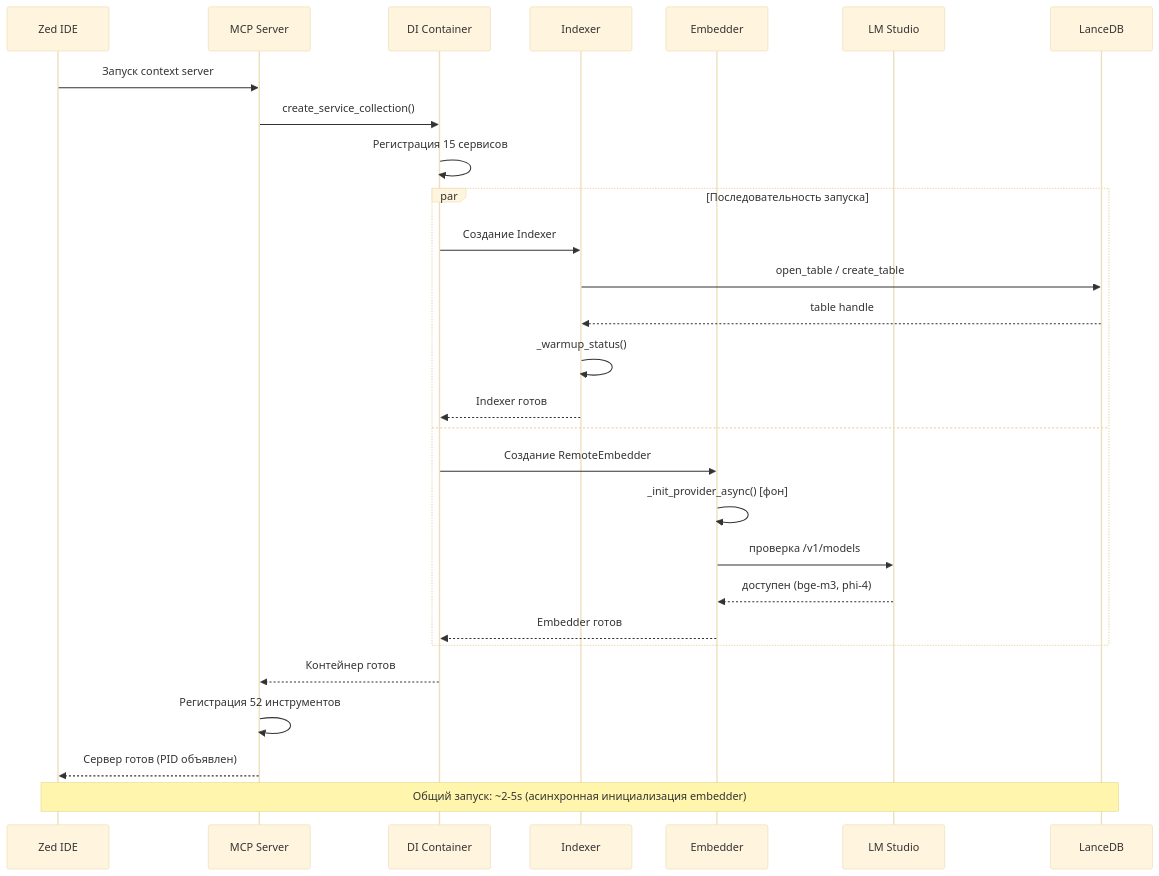
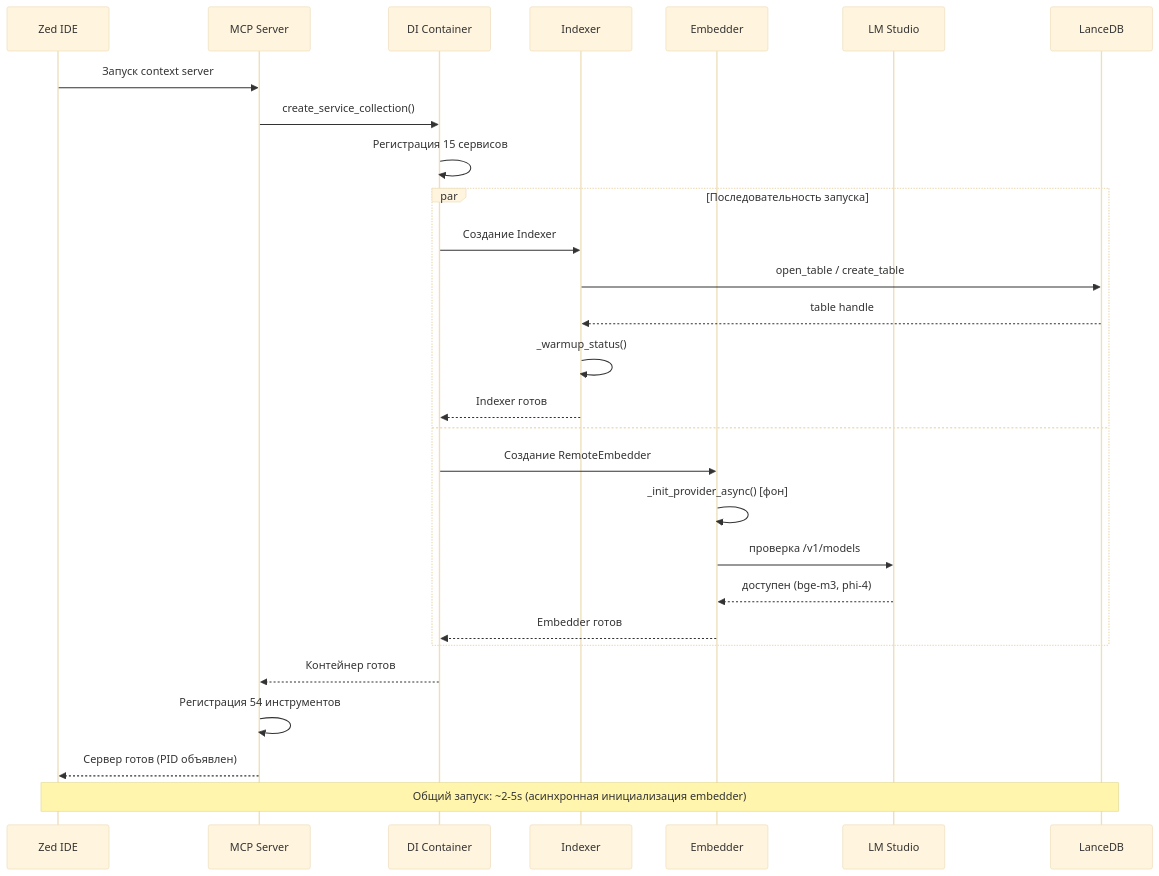
The fifth of 8 diagrams in docs/ru/ARCHITECTURE_DEEP.md (ManSio/mscodebase-intelligence), drawn with Mermaid (base theme) before and after one commit. The commit also changed other lines of this file and 36 other files, not shown here.

````diff
--- a/docs/ru/ARCHITECTURE_DEEP.md
+++ b/docs/ru/ARCHITECTURE_DEEP.md
@@ -179,34 +179,34 @@
 ```mermaid
 sequenceDiagram
     participant Zed as Zed IDE
     participant MCP as MCP Server
     participant DI as DI Container
     participant IX as Indexer
     participant EM as Embedder
     participant LM as LM Studio
     participant DB as LanceDB
 
     Zed->>MCP: Запуск context server
     MCP->>DI: create_service_collection()
     DI->>DI: Регистрация 15 сервисов
     
     par Последовательность запуска
         DI->>IX: Создание Indexer
         IX->>DB: open_table / create_table
         DB-->>IX: table handle
         IX->>IX: _warmup_status()
         IX-->>DI: Indexer готов
     and
         DI->>EM: Создание RemoteEmbedder
         EM->>EM: _init_provider_async() [фон]
         EM->>LM: проверка /v1/models
         LM-->>EM: доступен (bge-m3, phi-4)
         EM-->>DI: Embedder готов
     end
     
     DI-->>MCP: Контейнер готов
-    MCP->>MCP: Регистрация 52 инструментов
+    MCP->>MCP: Регистрация 54 инструментов
     MCP-->>Zed: Сервер готов (PID объявлен)
     
     Note over Zed,DB: Общий запуск: ~2-5s (асинхронная инициализация embedder)
 ```
````
